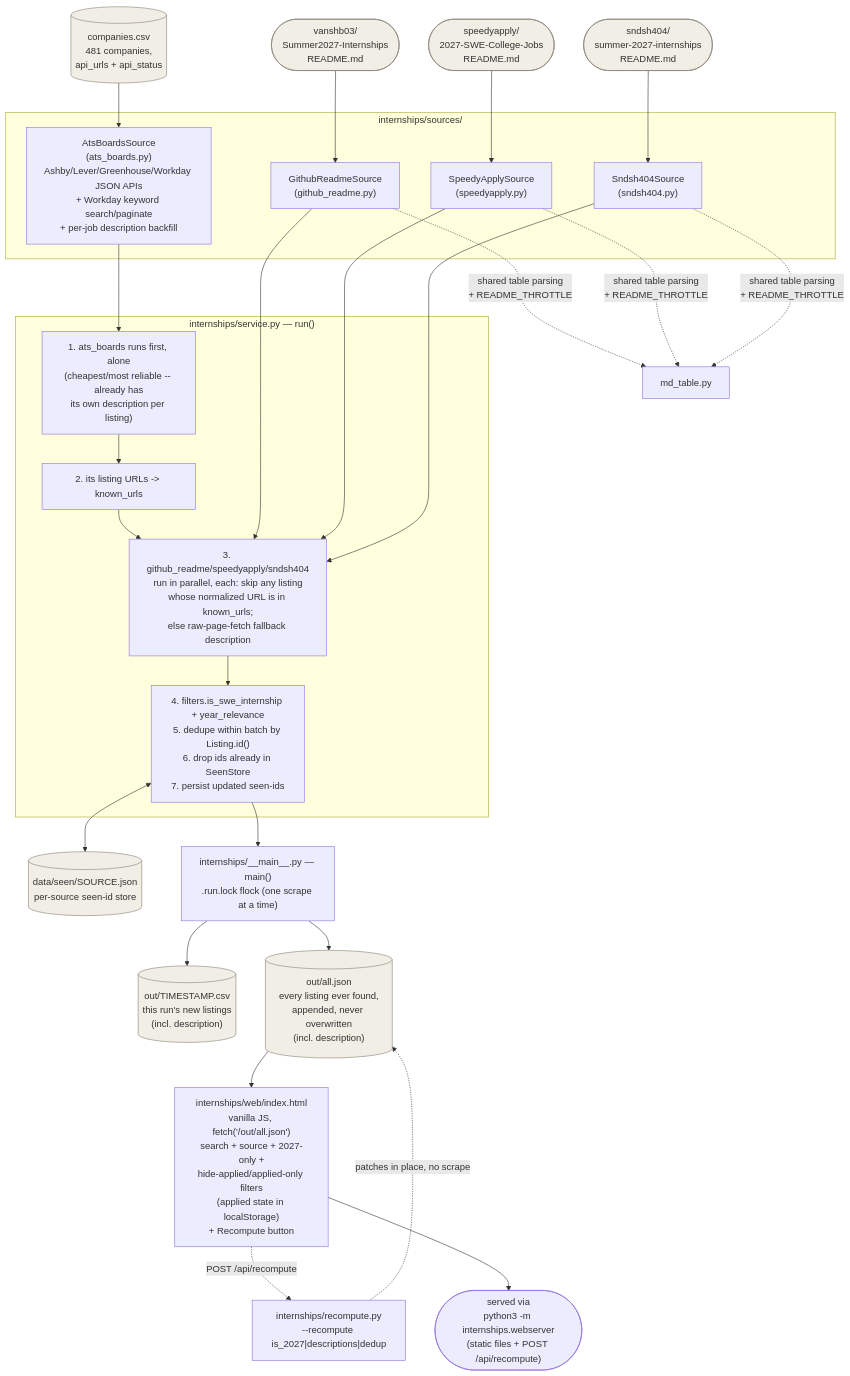
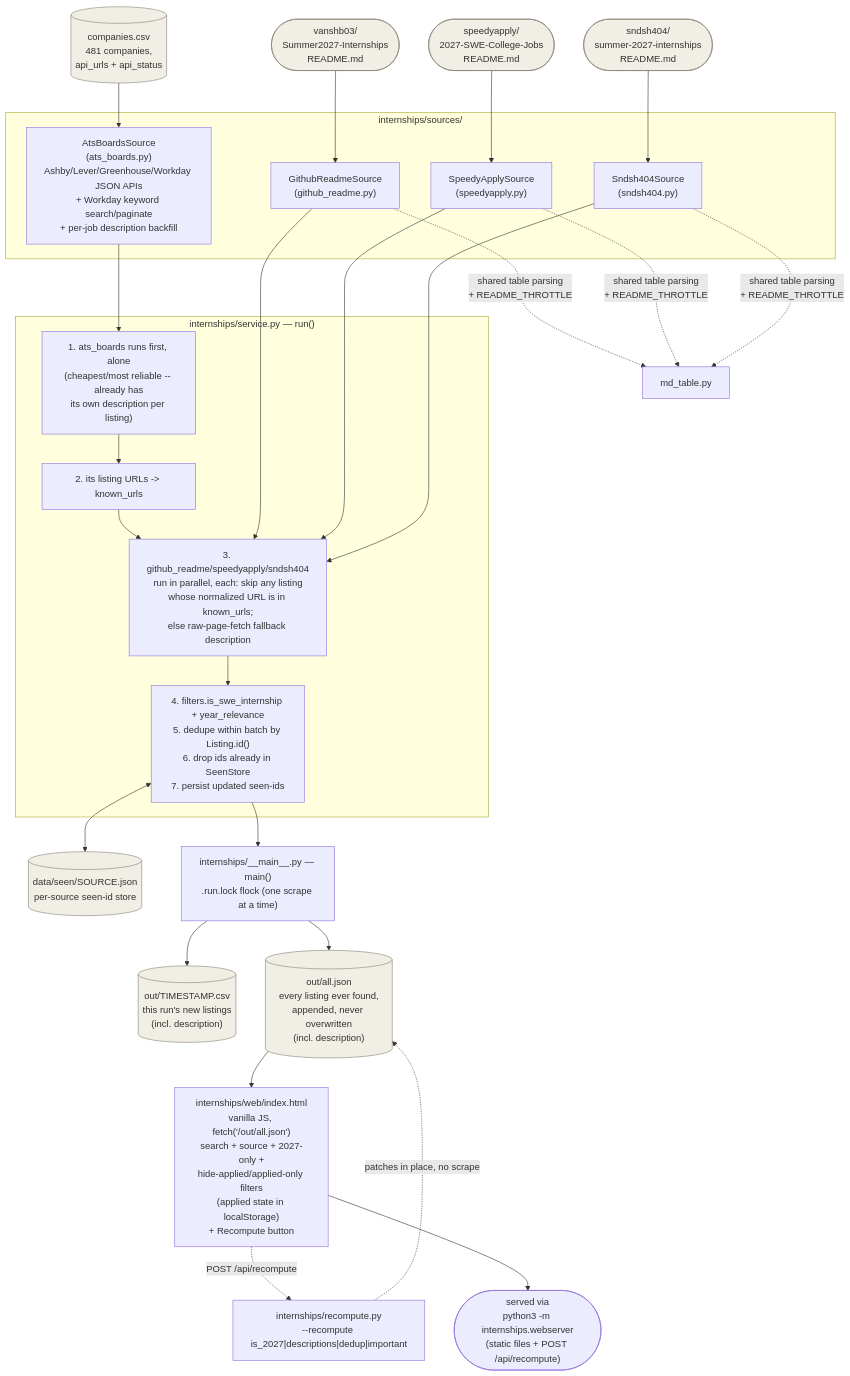
One commit to douglasichen/internships changed the diagram in docs/architecture.md. Above: the diagram before and after it, drawn with Mermaid. The commit also changed other lines of this file and 7 other files, not shown here.

````diff
--- a/docs/architecture.md
+++ b/docs/architecture.md
@@ -9,52 +9,52 @@
 ```mermaid
 flowchart TD
     subgraph Sources["internships/sources/"]
         ATS["AtsBoardsSource\n(ats_boards.py)\nAshby/Lever/Greenhouse/Workday JSON APIs\n+ Workday keyword search/paginate\n+ per-job description backfill"]
         GH["GithubReadmeSource\n(github_readme.py)"]
         SA["SpeedyApplySource\n(speedyapply.py)"]
         SN["Sndsh404Source\n(sndsh404.py)"]
     end
 
     CSV[("companies.csv\n481 companies,\napi_urls + api_status")] --> ATS
     R1(["vanshb03/\nSummer2027-Internships\nREADME.md"]) --> GH
     R2(["speedyapply/\n2027-SWE-College-Jobs\nREADME.md"]) --> SA
     R3(["sndsh404/\nsummer-2027-internships\nREADME.md"]) --> SN
 
     GH -.->|shared table parsing\n+ README_THROTTLE| MD["md_table.py"]
     SA -.->|shared table parsing\n+ README_THROTTLE| MD
     SN -.->|shared table parsing\n+ README_THROTTLE| MD
 
     subgraph Orchestrator["internships/service.py — run()"]
         STEP1["1. ats_boards runs first, alone\n(cheapest/most reliable -- already has\nits own description per listing)"]
         STEP2["2. its listing URLs -> known_urls"]
         STEP3["3. github_readme/speedyapply/sndsh404\nrun in parallel, each: skip any listing\nwhose normalized URL is in known_urls;\nelse raw-page-fetch fallback description"]
         STEP4["4. filters.is_swe_internship + year_relevance\n5. dedupe within batch by Listing.id()\n6. drop ids already in SeenStore\n7. persist updated seen-ids"]
         STEP1 --> STEP2 --> STEP3 --> STEP4
     end
 
     ATS --> STEP1
     GH --> STEP3
     SA --> STEP3
     SN --> STEP3
 
     SEEN[("data/seen/SOURCE.json\nper-source seen-id store")]
     STEP4 <--> SEEN
 
     STEP4 --> MAIN["internships/__main__.py — main()\n.run.lock flock (one scrape at a time)"]
     MAIN --> CSVOUT[("out/TIMESTAMP.csv\nthis run's new listings\n(incl. description)")]
     MAIN --> ALLJSON[("out/all.json\nevery listing ever found,\nappended, never overwritten\n(incl. description)")]
 
-    RECOMPUTE["internships/recompute.py\n--recompute is_2027|descriptions|dedup"] -.->|patches in place, no scrape| ALLJSON
+    RECOMPUTE["internships/recompute.py\n--recompute is_2027|descriptions|dedup|important"] -.->|patches in place, no scrape| ALLJSON
     WEB -.->|POST /api/recompute| RECOMPUTE
 
     ALLJSON --> WEB["internships/web/index.html\nvanilla JS, fetch('/out/all.json')\nsearch + source + 2027-only +\nhide-applied/applied-only filters\n(applied state in localStorage)\n+ Recompute button"]
     WEB --> Browser(["served via\npython3 -m internships.webserver\n(static files + POST /api/recompute)"])
 
     style CSV fill:#F1EEE5,stroke:#8A8478
     style R1 fill:#F1EEE5,stroke:#8A8478
     style R2 fill:#F1EEE5,stroke:#8A8478
     style R3 fill:#F1EEE5,stroke:#8A8478
     style SEEN fill:#F1EEE5,stroke:#8A8478
     style CSVOUT fill:#F1EEE5,stroke:#8A8478
     style ALLJSON fill:#F1EEE5,stroke:#8A8478
 ```
````
